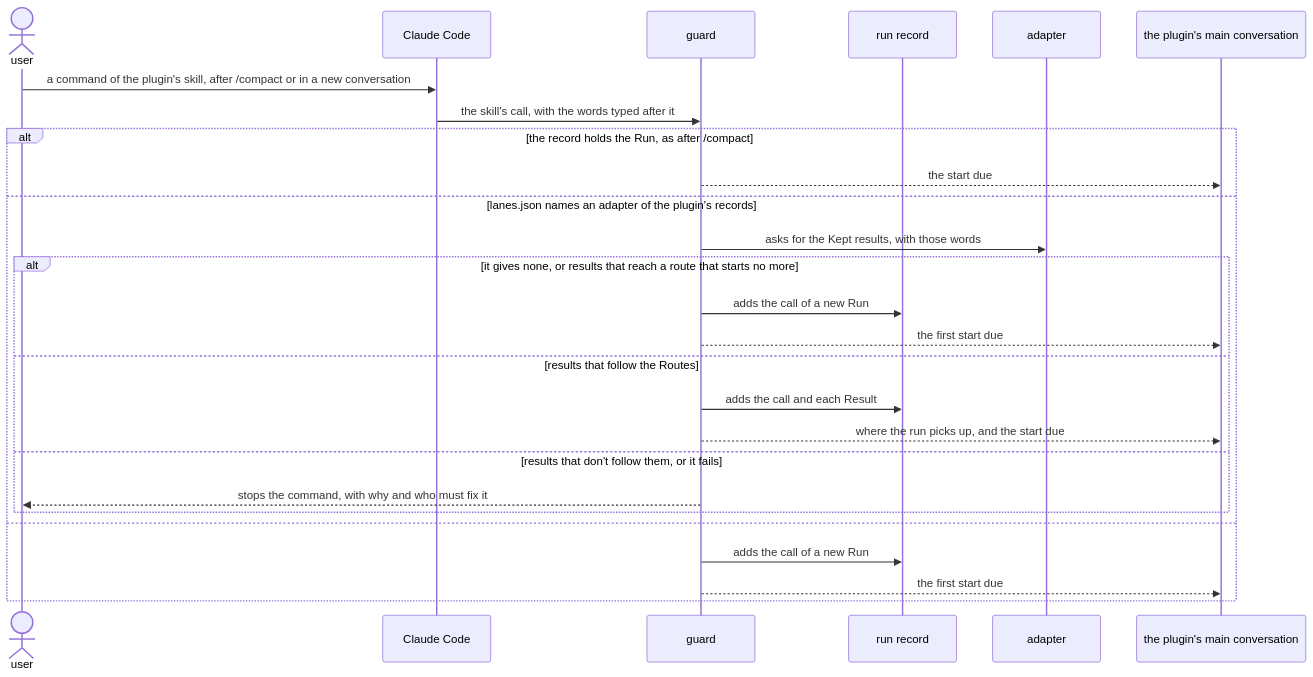
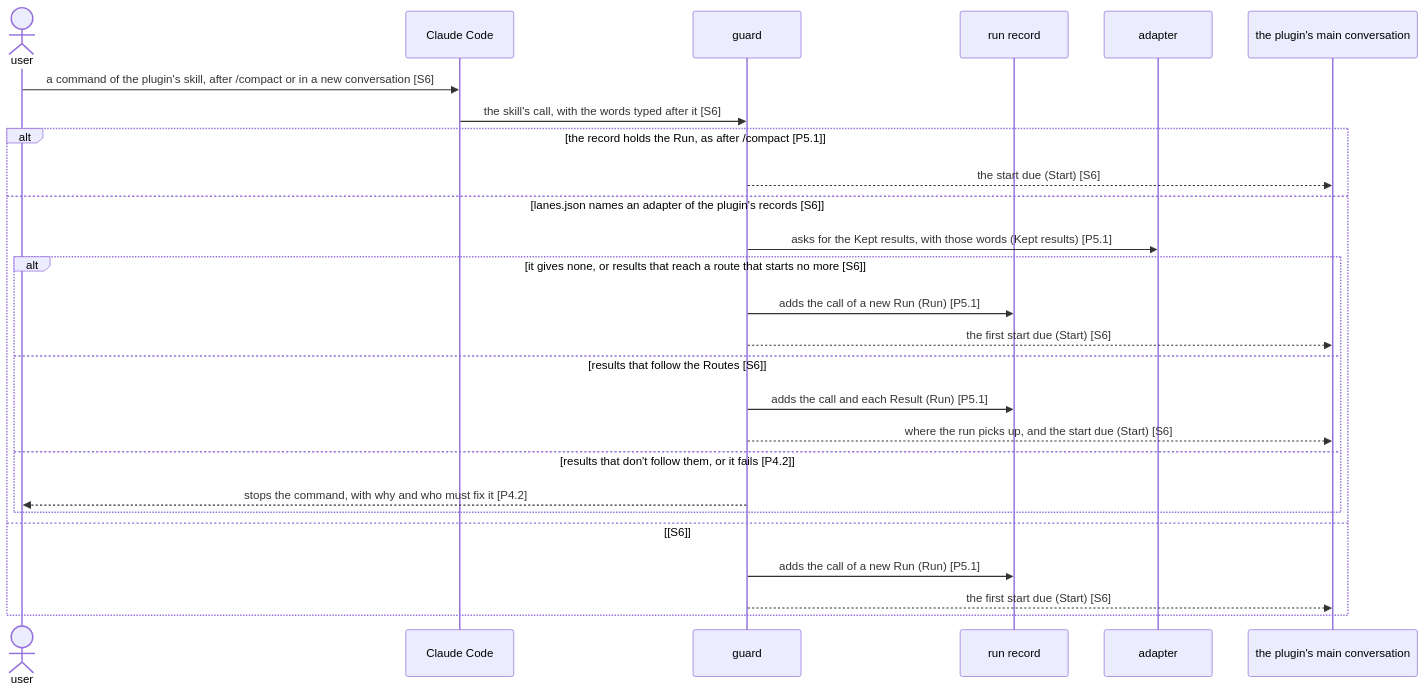
The sixth of 6 diagrams in dev/lane/architecture.md (lovaizu/ccpm), drawn with Mermaid before and after one commit. The commit also changed other lines of this file, not shown here.

````diff
--- a/dev/lane/architecture.md
+++ b/dev/lane/architecture.md
@@ -550,28 +486,28 @@
 ```mermaid
 sequenceDiagram
   actor U as user
   participant CC as Claude Code
   participant G as guard
   participant RS as run record
   participant A as adapter
   participant M as the plugin's main conversation
-  U->>CC: a command of the plugin's skill, after /compact or in a new conversation
-  CC->>G: the skill's call, with the words typed after it
-  alt the record holds the Run, as after /compact
-    G-->>M: the start due
-  else lanes.json names an adapter of the plugin's records
-    G->>A: asks for the Kept results, with those words
-    alt it gives none, or results that reach a route that starts no more
-      G->>RS: adds the call of a new Run
-      G-->>M: the first start due
-    else results that follow the Routes
-      G->>RS: adds the call and each Result
-      G-->>M: where the run picks up, and the start due
-    else results that don't follow them, or it fails
-      G-->>U: stops the command, with why and who must fix it
+  U->>CC: a command of the plugin's skill, after /compact or in a new conversation [S6]
+  CC->>G: the skill's call, with the words typed after it [S6]
+  alt the record holds the Run, as after /compact [P5.1]
+    G-->>M: the start due (Start) [S6]
+  else lanes.json names an adapter of the plugin's records [S6]
+    G->>A: asks for the Kept results, with those words (Kept results) [P5.1]
+    alt it gives none, or results that reach a route that starts no more [S6]
+      G->>RS: adds the call of a new Run (Run) [P5.1]
+      G-->>M: the first start due (Start) [S6]
+    else results that follow the Routes [S6]
+      G->>RS: adds the call and each Result (Run) [P5.1]
+      G-->>M: where the run picks up, and the start due (Start) [S6]
+    else results that don't follow them, or it fails [P4.2]
+      G-->>U: stops the command, with why and who must fix it [P4.2]
     end
-  else
-    G->>RS: adds the call of a new Run
-    G-->>M: the first start due
+  else [S6]
+    G->>RS: adds the call of a new Run (Run) [P5.1]
+    G-->>M: the first start due (Start) [S6]
   end
 ```
````
